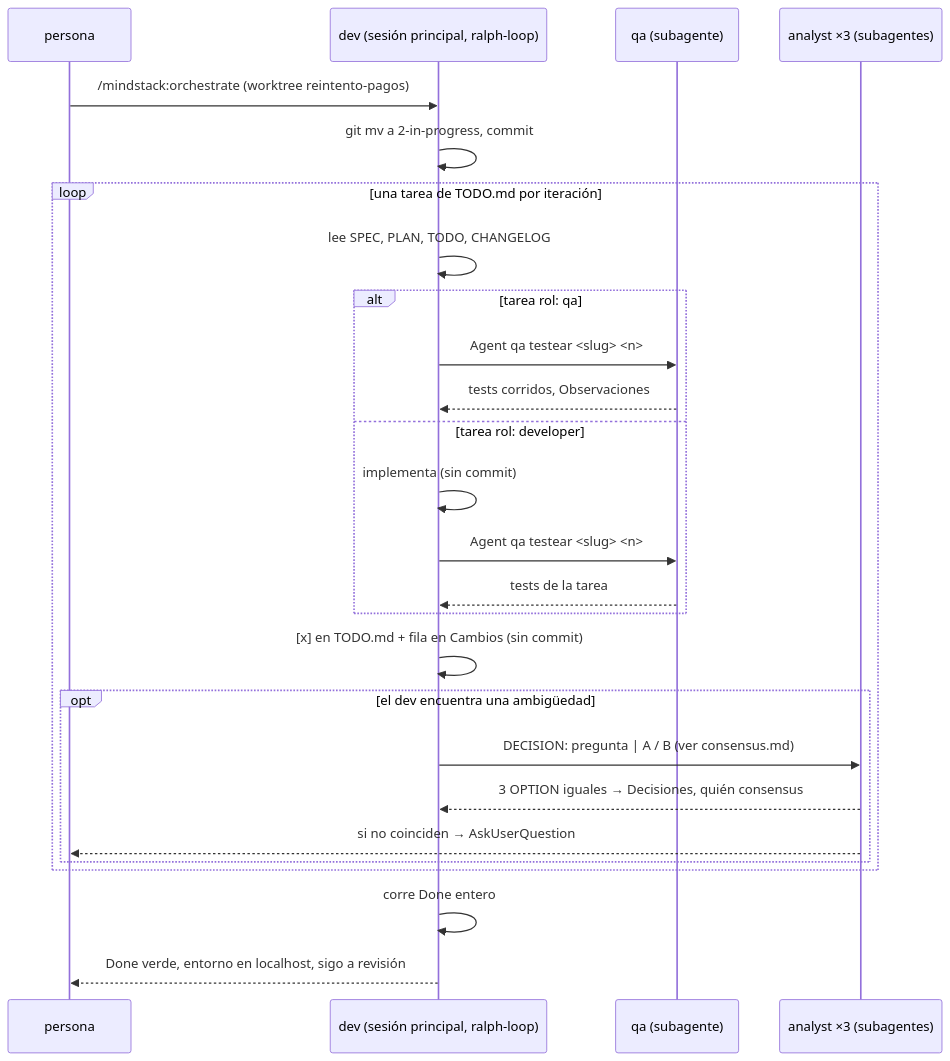
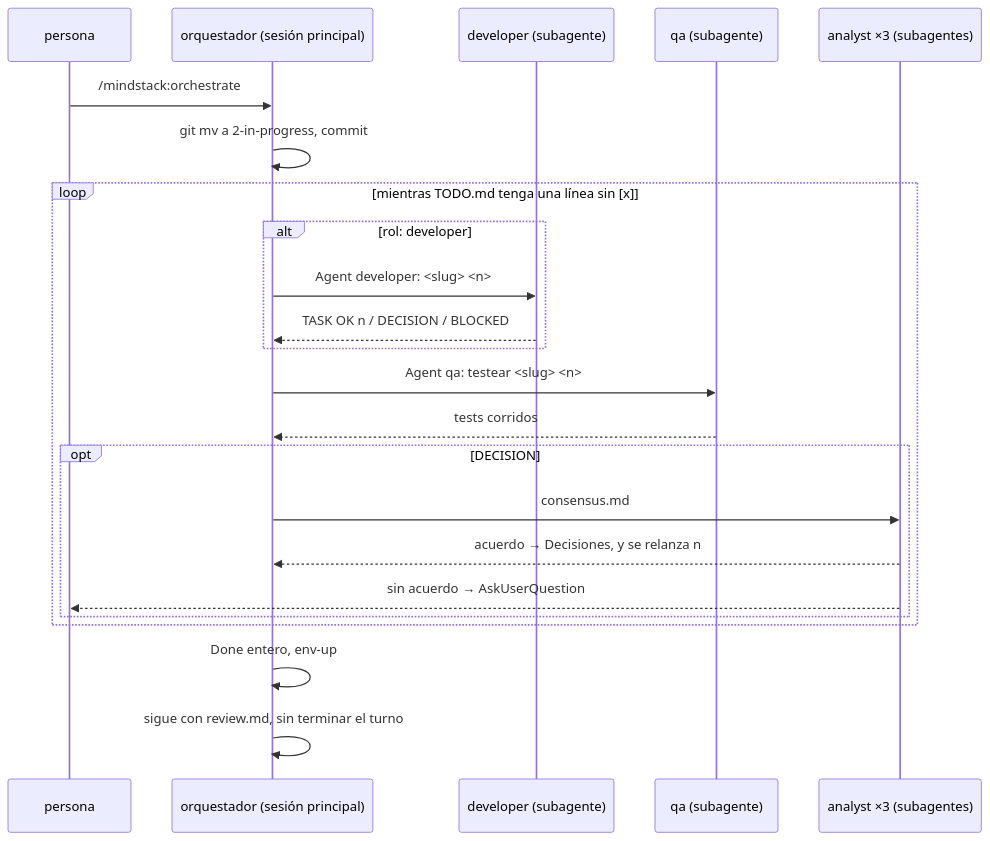
One commit to octavio-parozlabs/mindstack changed the diagram in skills/workflow/references/implement.md. Above: the diagram before and after it, drawn with Mermaid. The commit also changed other lines of this file and 39 other files, not shown here.

````diff
--- a/skills/workflow/references/implement.md
+++ b/skills/workflow/references/implement.md
@@ -5,28 +5,25 @@
 ```mermaid
 sequenceDiagram
     participant P as persona
-    participant D as dev (sesión principal, ralph-loop)
+    participant O as orquestador (sesión principal)
+    participant D as developer (subagente)
     participant Q as qa (subagente)
     participant A as analyst ×3 (subagentes)
-    P->>D: /mindstack:orchestrate (worktree reintento-pagos)
-    D->>D: git mv a 2-in-progress, commit
-    loop una tarea de TODO.md por iteración
-        D->>D: lee SPEC, PLAN, TODO, CHANGELOG
-        alt tarea rol: qa
-            D->>Q: Agent qa testear <slug> <n>
-            Q-->>D: tests corridos, Observaciones
-        else tarea rol: developer
-            D->>D: implementa (sin commit)
-            D->>Q: Agent qa testear <slug> <n>
-            Q-->>D: tests de la tarea
+    P->>O: /mindstack:orchestrate
+    O->>O: git mv a 2-in-progress, commit
+    loop mientras TODO.md tenga una línea sin [x]
+        alt rol: developer
+            O->>D: Agent developer: <slug> <n>
+            D-->>O: TASK OK n / DECISION / BLOCKED
         end
-        D->>D: [x] en TODO.md + fila en Cambios (sin commit)
-        opt el dev encuentra una ambigüedad
-            D->>A: DECISION: pregunta | A / B (ver consensus.md)
-            A-->>D: 3 OPTION iguales → Decisiones, quién consensus
-            A-->>P: si no coinciden → AskUserQuestion
+        O->>Q: Agent qa: testear <slug> <n>
+        Q-->>O: tests corridos
+        opt DECISION
+            O->>A: consensus.md
+            A-->>O: acuerdo → Decisiones, y se relanza n
+            A-->>P: sin acuerdo → AskUserQuestion
         end
     end
-    D->>D: corre Done entero
-    D-->>P: Done verde, entorno en localhost, sigo a revisión
+    O->>O: Done entero, env-up
+    O->>O: sigue con review.md, sin terminar el turno
 ```
````
